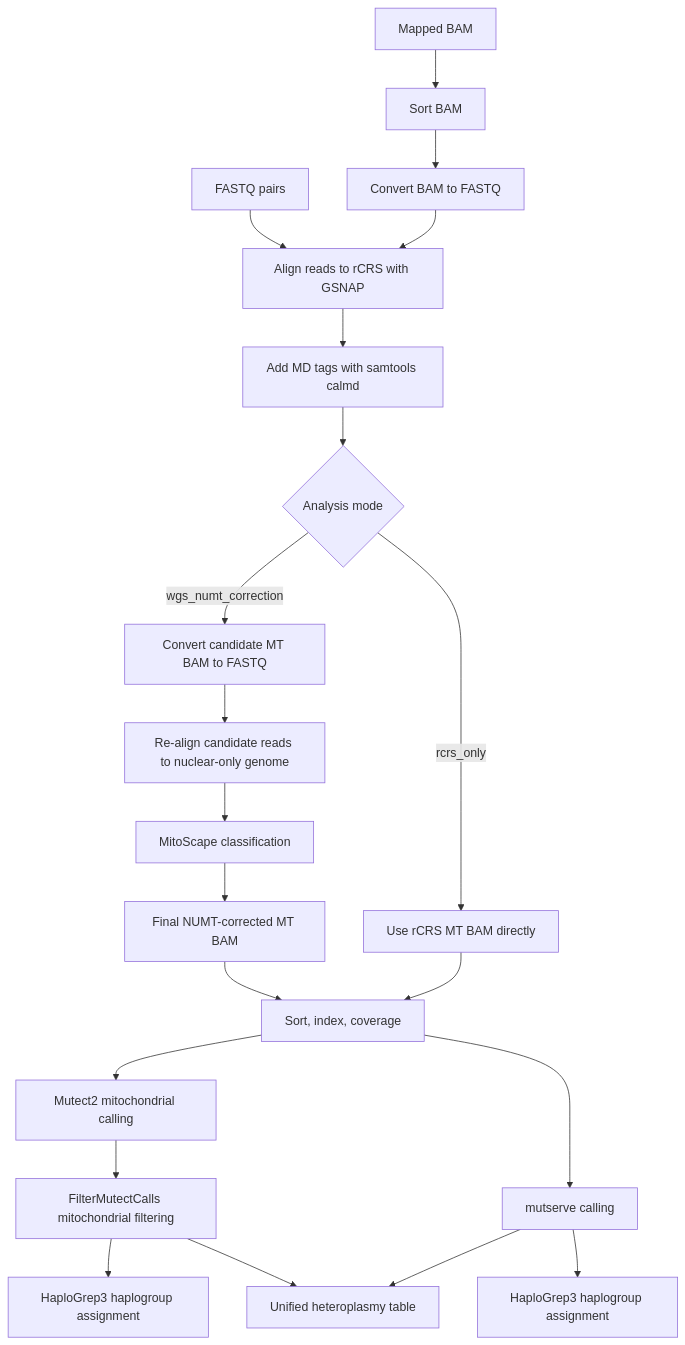
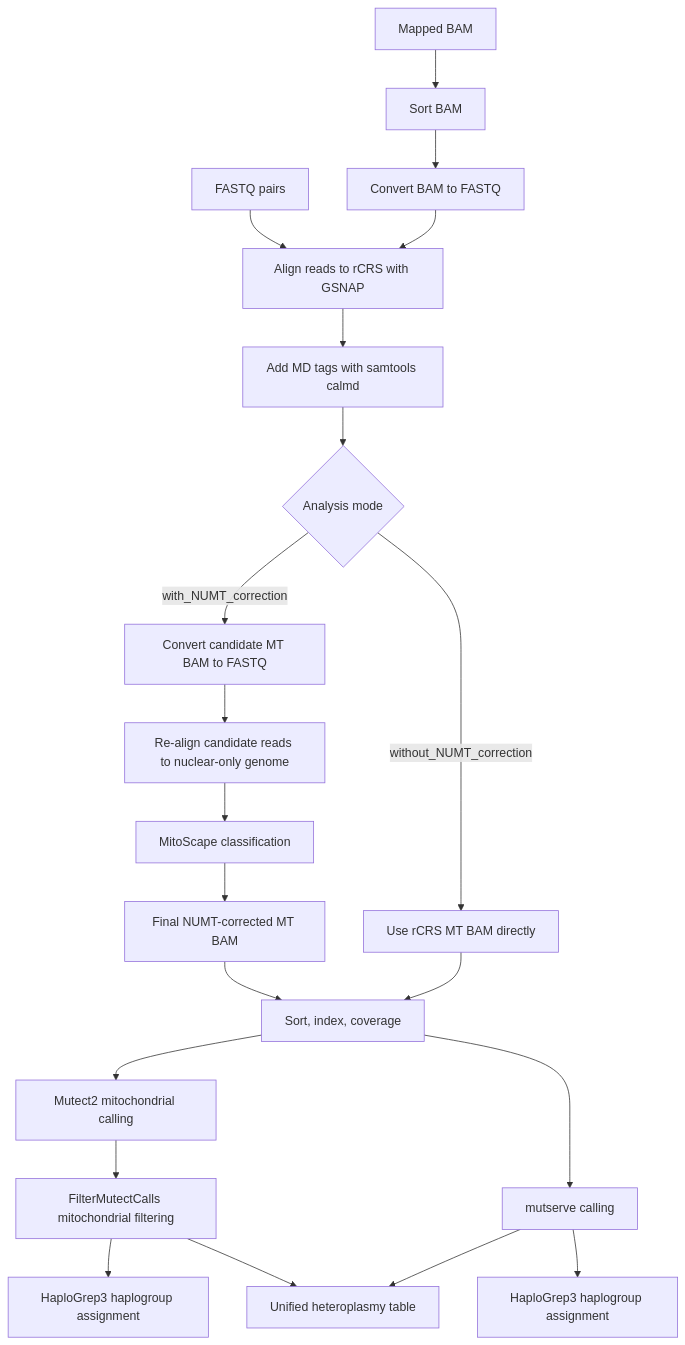
The diagram in README.md (aledavini7/clam-mitogenome-pipeline), drawn with Mermaid before and after one commit. The commit also changed other lines of this file and 4 other files, not shown here.

````diff
--- a/README.md
+++ b/README.md
@@ -17,23 +17,23 @@
 ```mermaid
 flowchart TD
     A[FASTQ pairs] --> C[Align reads to rCRS with GSNAP]
     B[Mapped BAM] --> B1[Sort BAM]
     B1 --> B2[Convert BAM to FASTQ]
     B2 --> C
     C --> D[Add MD tags with samtools calmd]
     D --> E{Analysis mode}
-    E -->|wgs_numt_correction| F[Convert candidate MT BAM to FASTQ]
+    E -->|with_NUMT_correction| F[Convert candidate MT BAM to FASTQ]
     F --> G[Re-align candidate reads to nuclear-only genome]
     G --> H[MitoScape classification]
     H --> I[Final NUMT-corrected MT BAM]
-    E -->|rcrs_only| J[Use rCRS MT BAM directly]
+    E -->|without_NUMT_correction| J[Use rCRS MT BAM directly]
     I --> K[Sort, index, coverage]
     J --> K
     K --> L[Mutect2 mitochondrial calling]
     K --> M[mutserve calling]
     L --> L1[FilterMutectCalls mitochondrial filtering]
     L1 --> N[HaploGrep3 haplogroup assignment]
     M --> O[HaploGrep3 haplogroup assignment]
     L1 --> P[Unified heteroplasmy table]
     M --> P
 ```
````
